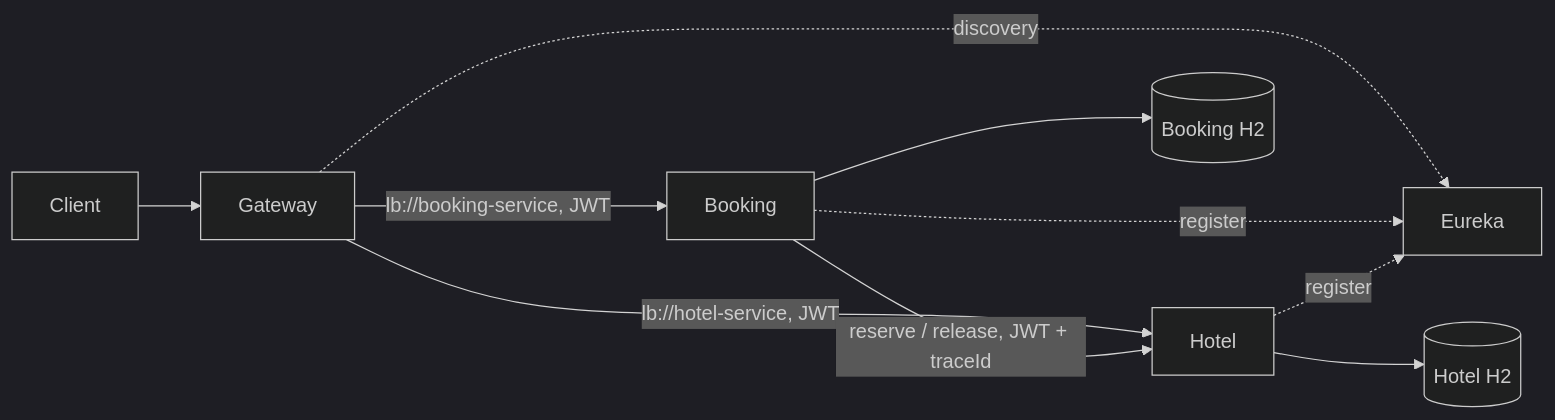
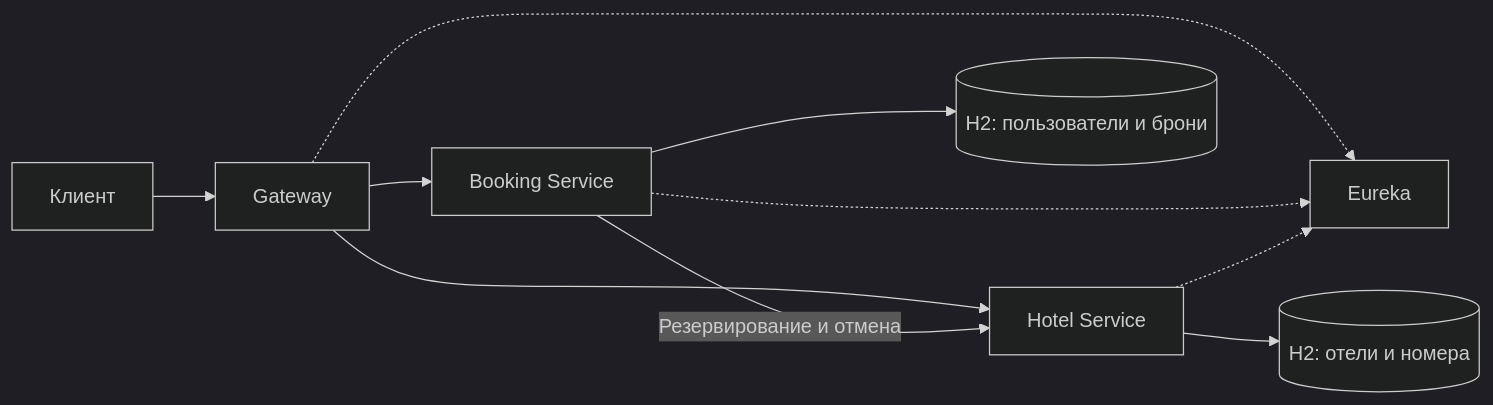
One commit to fladx/spring-hotel-booking changed the diagram in README.md. Above: the diagram before and after it, drawn with Mermaid (dark theme). The commit also changed other lines of this file, not shown here.

Commit message:
docs: rewrite README with clear setup, API and architecture

````diff
--- a/README.md
+++ b/README.md
@@ -57,12 +21,12 @@
 ```mermaid
 flowchart LR
-  Client --> Gateway
-  Gateway -->|lb://booking-service, JWT| Booking
-  Gateway -->|lb://hotel-service, JWT| Hotel
-  Booking -->|reserve / release, JWT + traceId| Hotel
-  Gateway -. discovery .-> Eureka
-  Booking -. register .-> Eureka
-  Hotel -. register .-> Eureka
-  Booking --> BookingH2[(Booking H2)]
-  Hotel --> HotelH2[(Hotel H2)]
+    Client[Клиент] --> Gateway
+    Gateway --> Booking[Booking Service]
+    Gateway --> Hotel[Hotel Service]
+    Booking -->|Резервирование и отмена| Hotel
+    Gateway -.-> Eureka
+    Booking -.-> Eureka
+    Hotel -.-> Eureka
+    Booking --> BookingDB[(H2: пользователи и брони)]
+    Hotel --> HotelDB[(H2: отели и номера)]
 ```
````
